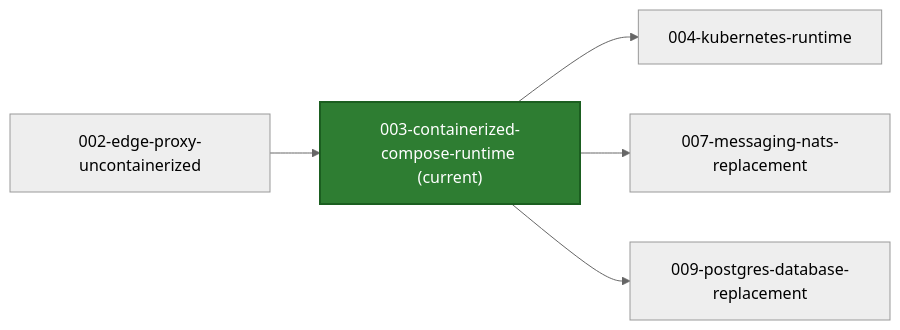
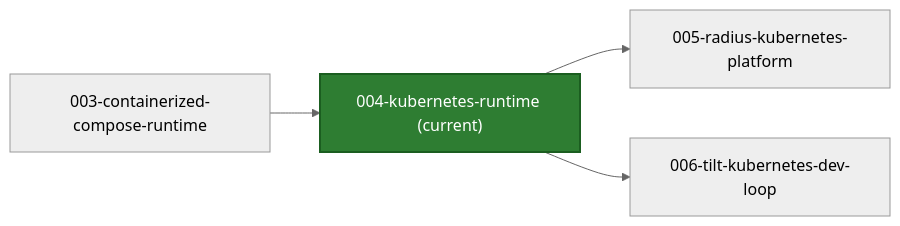
Before and after one commit to finos/traderX: the diagram in README.md, drawn with Mermaid (neutral theme). The commit also changed other lines of this file and 47 other files, not shown here.

First line of the commit message:
snapshot: 004-kubernetes-runtime generated from 68d19a554c7480a615b19c024eb0a88228c6b9ad

````diff
--- a/README.md
+++ b/README.md
@@ -21,14 +21,12 @@
 ```mermaid
 flowchart LR
-  S_CUR["003-containerized-compose-runtime (current)"]
+  S_CUR["004-kubernetes-runtime (current)"]
   style S_CUR fill:#2e7d32,stroke:#1b5e20,color:#ffffff,stroke-width:2px
-  S_PREV_002_edge_proxy_uncontainerized["002-edge-proxy-uncontainerized"] --> S_CUR
-  click S_PREV_002_edge_proxy_uncontainerized href "https://github.com/finos/traderX/tree/code%2Fgenerated-state-002-edge-proxy-uncontainerized" "Open branch"
-  S_CUR --> S_NEXT_004_kubernetes_runtime["004-kubernetes-runtime"]
-  click S_NEXT_004_kubernetes_runtime href "https://github.com/finos/traderX/tree/code%2Fgenerated-state-004-kubernetes-runtime" "Open branch"
-  S_CUR --> S_NEXT_007_messaging_nats_replacement["007-messaging-nats-replacement"]
-  click S_NEXT_007_messaging_nats_replacement href "https://github.com/finos/traderX/tree/code%2Fgenerated-state-007-messaging-nats-replacement" "Open branch"
-  S_CUR --> S_NEXT_009_postgres_database_replacement["009-postgres-database-replacement"]
-  click S_NEXT_009_postgres_database_replacement href "https://github.com/finos/traderX/tree/code%2Fgenerated-state-009-postgres-database-replacement" "Open branch"
-  click S_CUR href "https://github.com/finos/traderX/tree/code%2Fgenerated-state-003-containerized-compose-runtime" "Open current branch"
+  S_PREV_003_containerized_compose_runtime["003-containerized-compose-runtime"] --> S_CUR
+  click S_PREV_003_containerized_compose_runtime href "https://github.com/finos/traderX/tree/code%2Fgenerated-state-003-containerized-compose-runtime" "Open branch"
+  S_CUR --> S_NEXT_005_radius_kubernetes_platform["005-radius-kubernetes-platform"]
+  click S_NEXT_005_radius_kubernetes_platform href "https://github.com/finos/traderX/tree/code%2Fgenerated-state-005-radius-kubernetes-platform" "Open branch"
+  S_CUR --> S_NEXT_006_tilt_kubernetes_dev_loop["006-tilt-kubernetes-dev-loop"]
+  click S_NEXT_006_tilt_kubernetes_dev_loop href "https://github.com/finos/traderX/tree/code%2Fgenerated-state-006-tilt-kubernetes-dev-loop" "Open branch"
+  click S_CUR href "https://github.com/finos/traderX/tree/code%2Fgenerated-state-004-kubernetes-runtime" "Open current branch"
 ```
````
